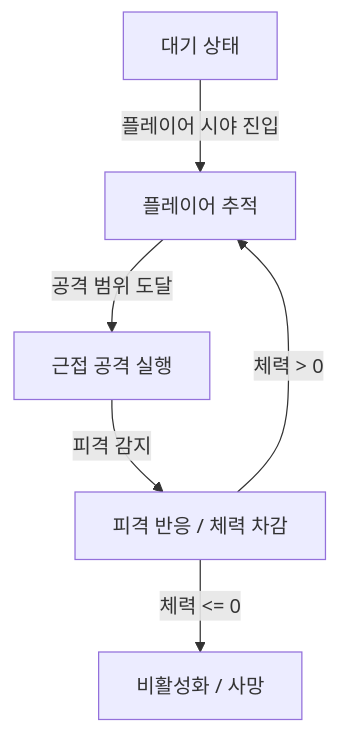
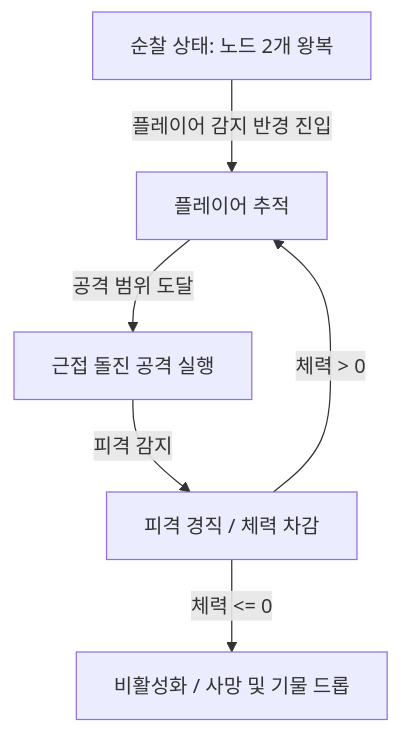
Before and after one commit to Jin-o12/Document_LucidDiver: the second of 2 diagrams in 01.기획_문서/컨셉_기획/프로토타입_기획서_초안.md, drawn with Mermaid. The commit also changed other lines of this file and 6 other files, not shown here.

````diff
--- a/01.기획_문서/컨셉_기획/프로토타입_기획서_초안.md
+++ b/01.기획_문서/컨셉_기획/프로토타입_기획서_초안.md
@@ -49,8 +49,8 @@
 ```mermaid
 flowchart TD
-    Idle[대기 상태] -->|플레이어 시야 진입| Detect[플레이어 추적]
-    Detect -->|공격 범위 도달| Attack[근접 공격 실행]
-    Attack -->|피격 감지| Hit[피격 반응 / 체력 차감]
+    Idle[순찰 상태: 노드 2개 왕복] -->|플레이어 감지 반경 진입| Detect[플레이어 추적]
+    Detect -->|공격 범위 도달| Attack[근접 돌진 공격 실행]
+    Attack -->|피격 감지| Hit[피격 경직 / 체력 차감]
     Hit -->|체력 > 0| Detect
-    Hit -->|체력 <= 0| Dead[비활성화 / 사망]
+    Hit -->|체력 <= 0| Dead[비활성화 / 사망 및 기물 드롭]
 ```
````
